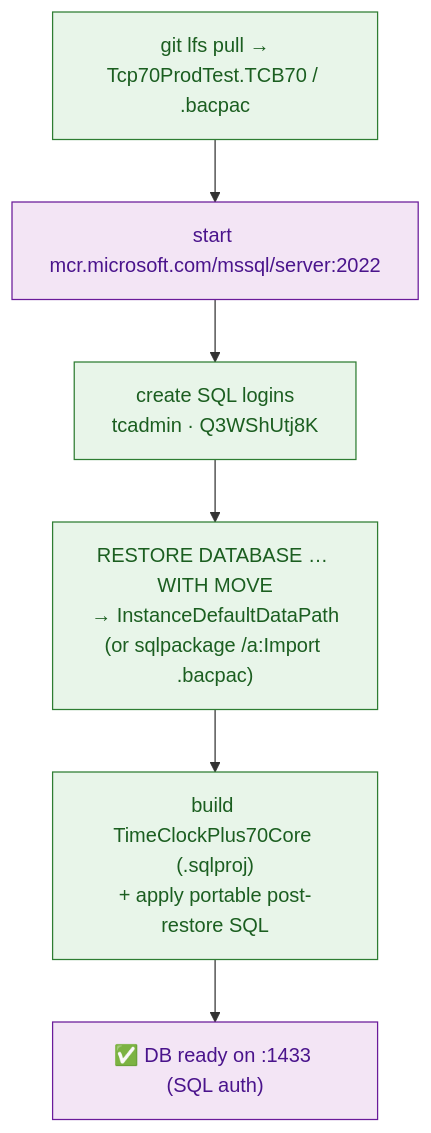
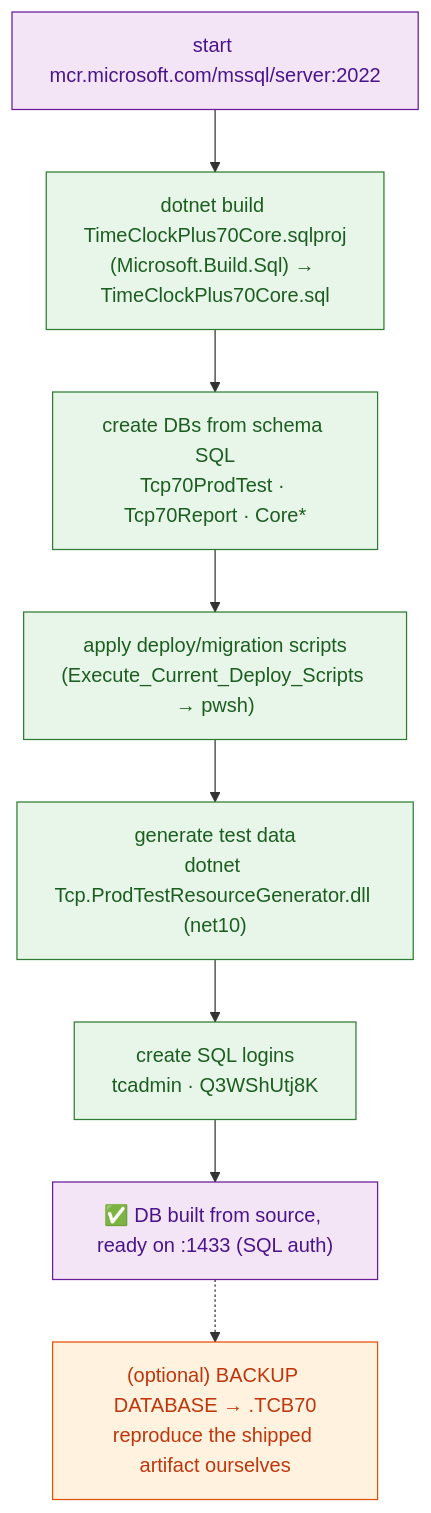
The fourth of 4 diagrams in docs/linux-pod-plan.md (tcp-software/win11vbox), drawn with Mermaid before and after one commit. The commit also changed other lines of this file, not shown here.

First line of the commit message:
docs(linux-pod-plan): build the databases from source, not from pre-built artifacts

````diff
--- a/docs/linux-pod-plan.md
+++ b/docs/linux-pod-plan.md
@@ -175,13 +186,18 @@
 ```mermaid
 flowchart TD
     classDef step fill:#e8f5e9,stroke:#2e7d32,color:#1b5e20;
     classDef data fill:#f3e5f5,stroke:#6a1b9a,color:#4a148c;
+    classDef opt  fill:#fff3e0,stroke:#e65100,color:#bf360c;
 
-    A["git lfs pull →<br/>Tcp70ProdTest.TCB70 / .bacpac"]:::step
     B["start mcr.microsoft.com/mssql/server:2022"]:::data
-    C["create SQL logins<br/>tcadmin · Q3WShUtj8K"]:::step
-    D["RESTORE DATABASE … WITH MOVE<br/>→ InstanceDefaultDataPath<br/>(or sqlpackage /a:Import .bacpac)"]:::step
-    E["build TimeClockPlus70Core (.sqlproj)<br/>+ apply portable post-restore SQL"]:::step
-    F["✅ DB ready on :1433 (SQL auth)"]:::data
-    A --> B --> C --> D --> E --> F
+    S1["dotnet build TimeClockPlus70Core.sqlproj<br/>(Microsoft.Build.Sql) → TimeClockPlus70Core.sql"]:::step
+    S2["create DBs from schema SQL<br/>Tcp70ProdTest · Tcp70Report · Core*"]:::step
+    S3["apply deploy/migration scripts<br/>(Execute_Current_Deploy_Scripts → pwsh)"]:::step
+    S4["generate test data<br/>dotnet Tcp.ProdTestResourceGenerator.dll (net10)"]:::step
+    S5["create SQL logins<br/>tcadmin · Q3WShUtj8K"]:::step
+    F["✅ DB built from source, ready on :1433 (SQL auth)"]:::data
+    OPT["(optional) BACKUP DATABASE → .TCB70<br/>reproduce the shipped artifact ourselves"]:::opt
+
+    B --> S1 --> S2 --> S3 --> S4 --> S5 --> F
+    F -.-> OPT
 ```
````
